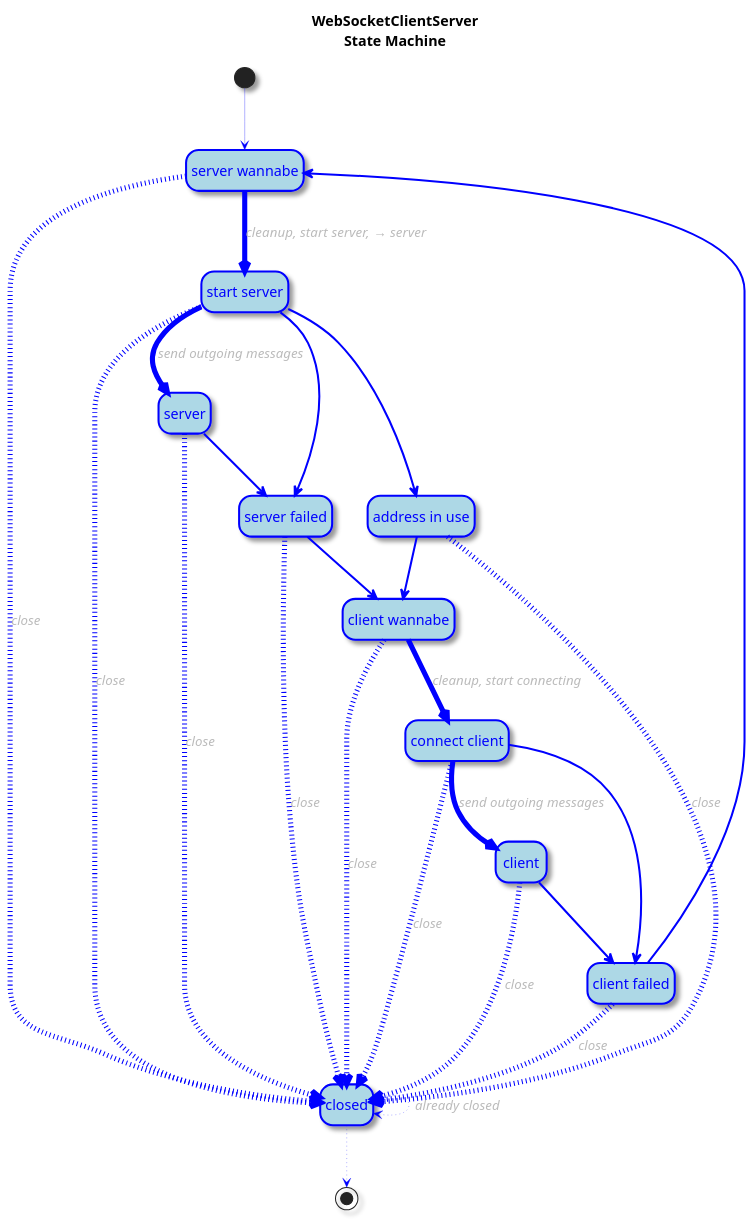
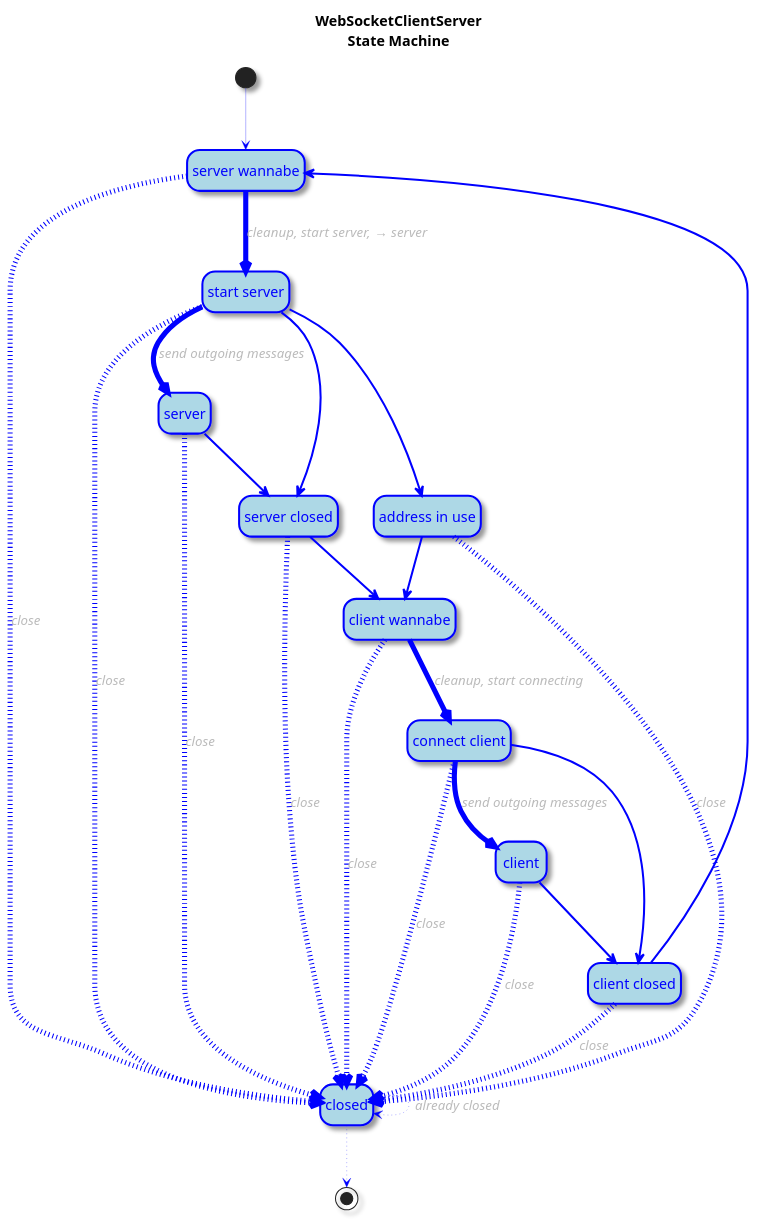
One commit to hugojosefson/deno-websocket-broadcastchannel changed the diagram in src/client-server-state.puml. Above: the diagram before and after it, drawn with PlantUML. The commit also changed 4 other files, not shown here.

```diff
--- a/src/client-server-state.puml
+++ b/src/client-server-state.puml
@@ -1,51 +1,51 @@
 @startuml
 hide empty description
 
 skinparam shadowing            true
 skinparam ArrowFontColor       #bbb
 skinparam ArrowFontStyle       italic
 skinparam ArrowColor           blue
 skinparam ArrowThickness       0.3
 skinparam StateFontColor       blue
 skinparam StateBackgroundColor lightblue
 skinparam StateBorderColor     blue
 skinparam StateBorderThickness 2
 
 title "WebSocketClientServer\nState Machine"
 
 state "server wannabe" as server_wannabe
 state "start server"   as start_server
 state "server"         as server
 state "address in use" as address_in_use
-state "server failed"  as server_failed
+state "server closed"  as server_closed
 state "client wannabe" as client_wannabe
 state "connect client" as connect_client
 state "client"         as client
-state "client failed"  as client_failed
+state "client closed"  as client_closed
 state "closed"         as closed
 
 [*]            -->                     server_wannabe
 server_wannabe -[thickness=5]->        start_server   : cleanup, start server,  → server
 server_wannabe -[dotted,thickness=5]-> closed         : close
 start_server   -[thickness=2]->        address_in_use
-start_server   -[thickness=2]->        server_failed
+start_server   -[thickness=2]->        server_closed
 start_server   -[thickness=5]->        server         : send outgoing messages
 start_server   -[dotted,thickness=5]-> closed         : close
-server         -[thickness=2]->        server_failed
+server         -[thickness=2]->        server_closed
 server         -[dotted,thickness=5]-> closed         : close
 address_in_use -[thickness=2]->        client_wannabe
 address_in_use -[dotted,thickness=5]-> closed         : close
-server_failed  -[thickness=2]->        client_wannabe
-server_failed  -[dotted,thickness=5]-> closed         : close
+server_closed  -[thickness=2]->        client_wannabe
+server_closed  -[dotted,thickness=5]-> closed         : close
 client_wannabe -[thickness=5]->        connect_client : cleanup, start connecting
 client_wannabe -[dotted,thickness=5]-> closed         : close
 connect_client -[thickness=5]->        client         : send outgoing messages
-connect_client -[thickness=2]->        client_failed
+connect_client -[thickness=2]->        client_closed
 connect_client -[dotted,thickness=5]-> closed         : close
-client         -[thickness=2]->        client_failed
+client         -[thickness=2]->        client_closed
 client         -[dotted,thickness=5]-> closed         : close
-client_failed  -[thickness=2]->        server_wannabe
-client_failed  -[dotted,thickness=5]-> closed         : close
+client_closed  -[thickness=2]->        server_wannabe
+client_closed  -[dotted,thickness=5]-> closed         : close
 closed         -[dotted]->             closed         : already closed
 closed         -[dotted]->             [*]
 @enduml
```
